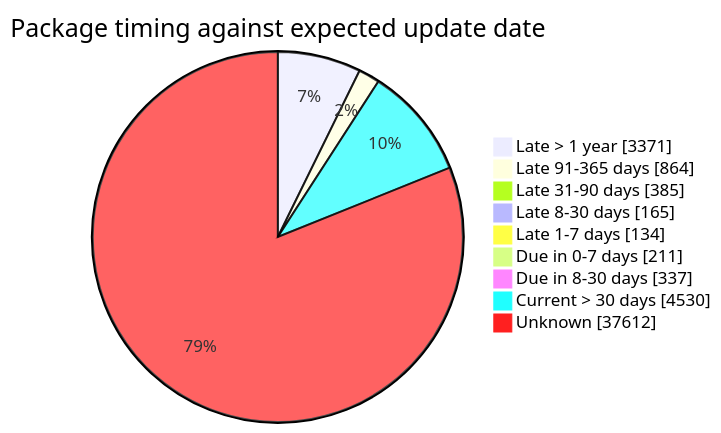
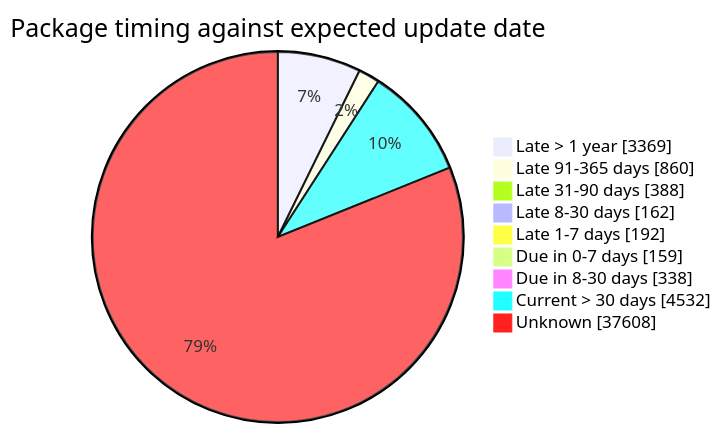
The fourth of 5 diagrams in FreshCheck/README.md (open-data/analytics-corporate-reporting), drawn with Mermaid before and after one commit. The commit also changed other lines of this file and 3 other files, not shown here.

````diff
--- a/FreshCheck/README.md
+++ b/FreshCheck/README.md
@@ -86,12 +86,12 @@
 ```mermaid
 pie showData title Package timing against expected update date
-    "Late > 1 year": 3371
-    "Late 91-365 days": 864
-    "Late 31-90 days": 385
-    "Late 8-30 days": 165
-    "Late 1-7 days": 134
-    "Due in 0-7 days": 211
-    "Due in 8-30 days": 337
-    "Current > 30 days": 4530
-    "Unknown": 37612
+    "Late > 1 year": 3369
+    "Late 91-365 days": 860
+    "Late 31-90 days": 388
+    "Late 8-30 days": 162
+    "Late 1-7 days": 192
+    "Due in 0-7 days": 159
+    "Due in 8-30 days": 338
+    "Current > 30 days": 4532
+    "Unknown": 37608
 ```
````
